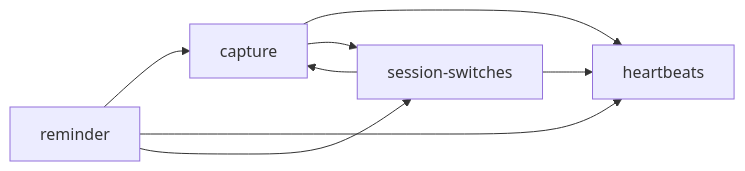
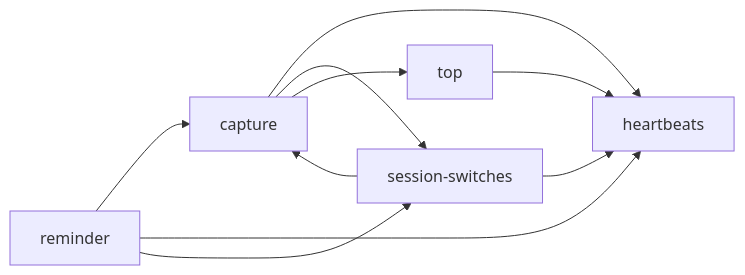
Before and after one commit to Han-Haocheng/project-flow: the sixth of 12 diagrams in docs/project-description.md, drawn with Mermaid. The commit also changed other lines of this file and 2 other files, not shown here.

Commit message:
docs(backup): 契约/README/模块表补 flow backup 与 flow doctor

````diff
--- a/docs/project-description.md
+++ b/docs/project-description.md
@@ -520,10 +531,12 @@
 ```mermaid
 graph LR
   m3["capture"] --> m1["heartbeats"]
   m3["capture"] --> m4["session-switches"]
+  m3["capture"] --> m0["top"]
   m2["reminder"] --> m3["capture"]
   m2["reminder"] --> m1["heartbeats"]
   m2["reminder"] --> m4["session-switches"]
   m4["session-switches"] --> m3["capture"]
   m4["session-switches"] --> m1["heartbeats"]
+  m0["top"] --> m1["heartbeats"]
 ```
````
